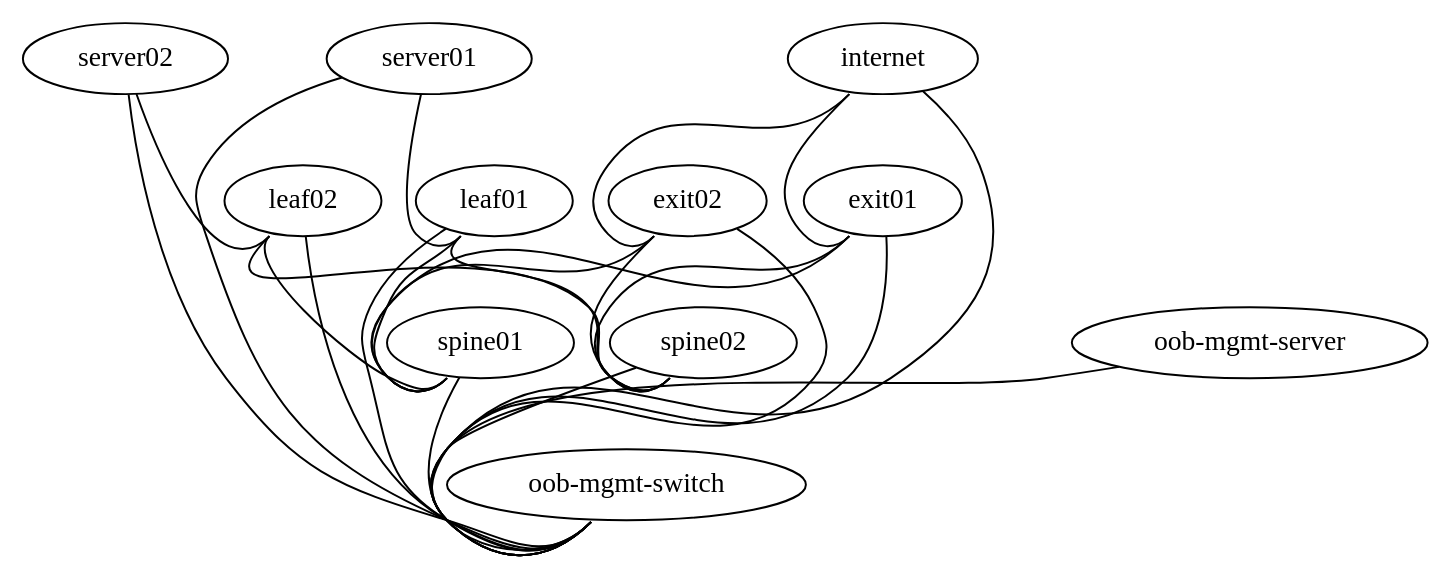
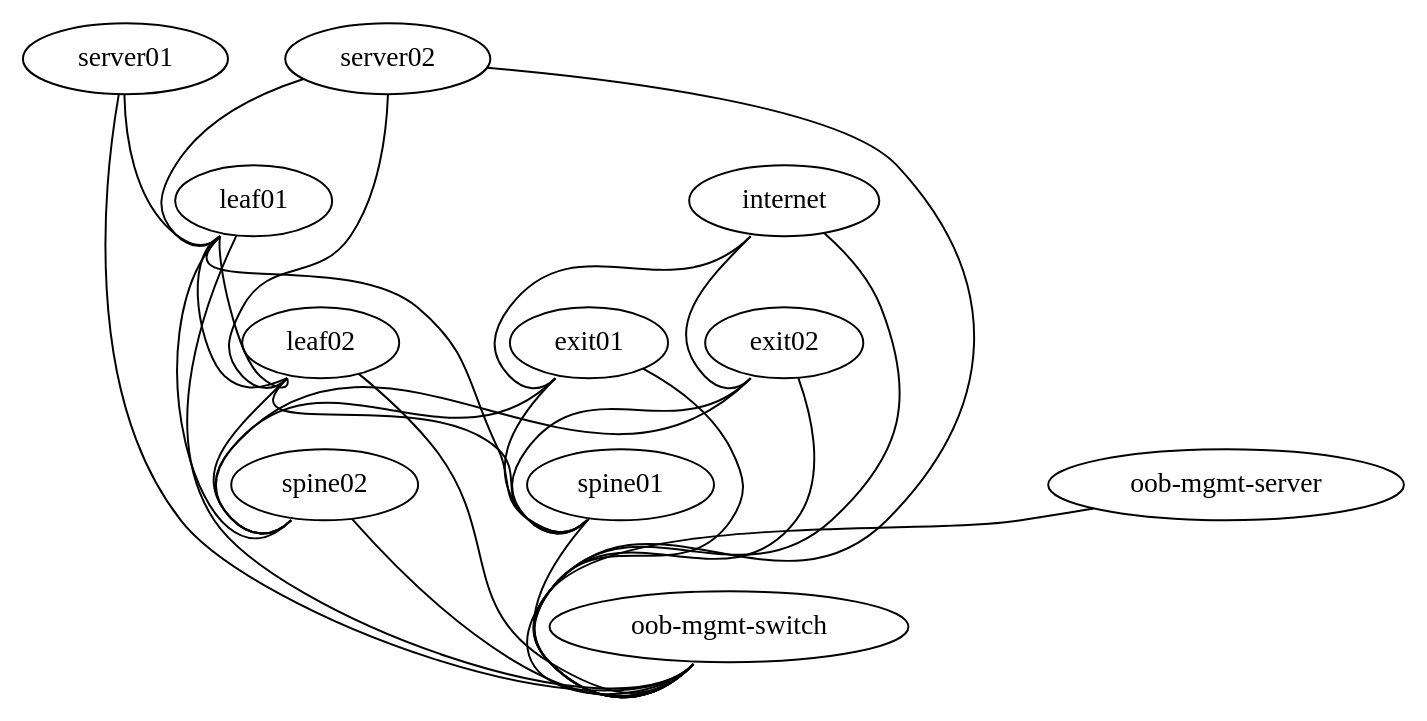
The diagram in topology.dot (Cloudofyou/cconp-lab), drawn with Graphviz before and after one commit. The commit also changed 3 other files, not shown here.

```diff
--- a/topology.dot
+++ b/topology.dot
@@ -1,40 +1,43 @@
 graph vx {
  "leaf01" [function="leaf" os="CumulusCommunity/cumulus-vx" version="3.7.3" memory="768" config="./helper_scripts/config_switch.sh" ]
  "leaf02" [function="leaf" os="CumulusCommunity/cumulus-vx" version="3.7.3" memory="768" config="./helper_scripts/config_switch.sh" ]
  "spine01" [function="spine" os="CumulusCommunity/cumulus-vx" version="3.7.3" memory="768" config="./helper_scripts/config_switch.sh" ]
  "spine02" [function="spine" os="CumulusCommunity/cumulus-vx" version="3.7.3" memory="768" config="./helper_scripts/config_switch.sh" ]
  "exit01" [function="exit" os="CumulusCommunity/cumulus-vx" version="3.7.3" memory="768" config="./helper_scripts/config_switch.sh" ]
  "exit02" [function="exit" os="CumulusCommunity/cumulus-vx" version="3.7.3" memory="768" config="./helper_scripts/config_switch.sh" ]
  "server01" [function="host" os="yk0/ubuntu-xenial" memory="512" config="./helper_scripts/config_server.sh" ]
  "server02" [function="host" os="yk0/ubuntu-xenial" memory="512" config="./helper_scripts/config_server.sh" ]
  "internet" [function="internet" vagrant="swp48" os="CumulusCommunity/cumulus-vx" version="3.7.3" memory="768" config="./helper_scripts/config_internet.sh" ]
  "oob-mgmt-switch" [function="oob-switch" vagrant="eth0" os="CumulusCommunity/cumulus-vx" version="3.7.3" memory="768" config="./helper_scripts/config_oob_switch.sh" ]
  "oob-mgmt-server" [function="oob-server" vagrant="eth0" os="CumulusCommunity/vx_oob_server" version="1.0.4" memory="1024" config="./helper_scripts/config_oob_server.sh" ]
 
  "leaf01":"swp51" -- "spine01":"swp1"
  "leaf02":"swp51" -- "spine01":"swp2"
  "leaf01":"swp52" -- "spine02":"swp1"
  "leaf02":"swp52" -- "spine02":"swp2"
+ "leaf01":"swp49" -- "leaf02":"swp49"
+ "leaf01":"swp50" -- "leaf02":"swp50"
 
  "server01":"eth1" -- "leaf01":"swp1" [left_mac="00:03:00:11:11:01"]
+ "server02":"eth1" -- "leaf01":"swp2" [left_mac="00:03:00:22:22:01"]
  "server02":"eth2" -- "leaf02":"swp2" [left_mac="00:03:00:22:22:02"]
 
  "exit01":"swp51" -- "spine01":"swp30"
  "exit01":"swp52" -- "spine02":"swp30"
  "exit02":"swp51" -- "spine01":"swp29"
  "exit02":"swp52" -- "spine02":"swp29"
 
  "internet":"swp1" -- "exit01":"swp44"
  "internet":"swp2" -- "exit02":"swp44"
 
  "oob-mgmt-server":"eth1" -- "oob-mgmt-switch":"swp1" [right_mac="a0:00:00:00:00:61"]
  "server01":"eth0" -- "oob-mgmt-switch":"swp2" [left_mac="a0:00:00:00:00:31"]
  "server02":"eth0" -- "oob-mgmt-switch":"swp3" [left_mac="a0:00:00:00:00:32"]
  "leaf01":"eth0" -- "oob-mgmt-switch":"swp6" [left_mac="a0:00:00:00:00:11"]
  "leaf02":"eth0" -- "oob-mgmt-switch":"swp7" [left_mac="a0:00:00:00:00:12"]
  "spine01":"eth0" -- "oob-mgmt-switch":"swp10" [left_mac="a0:00:00:00:00:21"]
  "spine02":"eth0" -- "oob-mgmt-switch":"swp11" [left_mac="a0:00:00:00:00:22"]
  "exit01":"eth0" -- "oob-mgmt-switch":"swp12" [left_mac="a0:00:00:00:00:41"]
  "exit02":"eth0" -- "oob-mgmt-switch":"swp13" [left_mac="a0:00:00:00:00:42"]
  "internet":"eth0" -- "oob-mgmt-switch":"swp15" [left_mac="a0:00:00:00:00:50"]
 }
```
